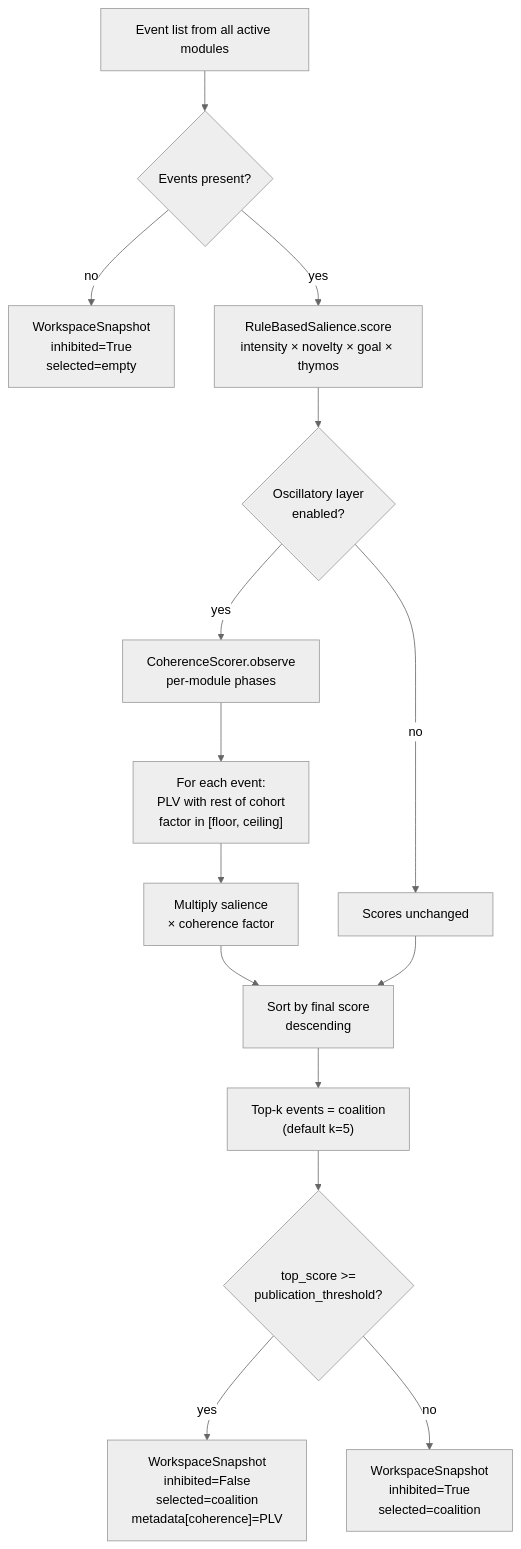
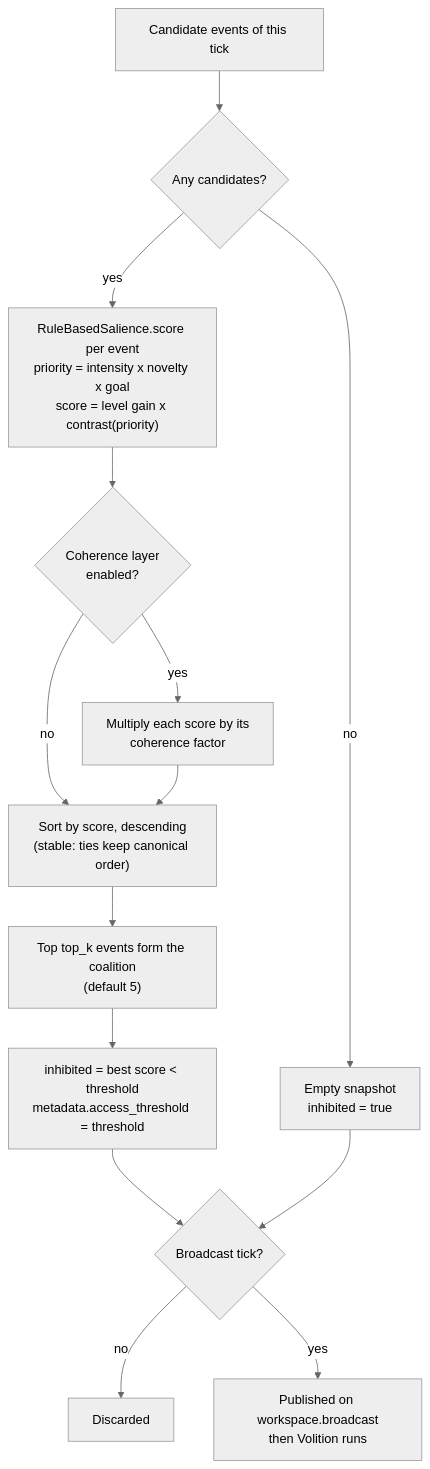
The diagram in docs/08-cognitive-cycle/global-workspace.md (kaineone/kaine), drawn with Mermaid (neutral theme) before and after one commit. The commit also changed other lines of this file and 72 other files, not shown here.

````diff
--- a/docs/08-cognitive-cycle/global-workspace.md
+++ b/docs/08-cognitive-cycle/global-workspace.md
@@ -11,17 +11,16 @@
 ```mermaid
 flowchart TD
-    A["Event list from all active modules"] --> B{Events present?}
-    B -- no --> C["WorkspaceSnapshot\ninhibited=True\nselected=empty"]
-    B -- yes --> D["RuleBasedSalience.score\nintensity × novelty × goal × thymos"]
-    D --> E{Oscillatory layer\nenabled?}
-    E -- no --> F["Scores unchanged"]
-    E -- yes --> G["CoherenceScorer.observe\nper-module phases"]
-    G --> H["For each event:\nPLV with rest of cohort\nfactor in [floor, ceiling]"]
-    H --> I["Multiply salience\n× coherence factor"]
-    I --> J["Sort by final score\ndescending"]
-    F --> J
-    J --> K["Top-k events = coalition\n(default k=5)"]
-    K --> L{top_score >=\npublication_threshold?}
-    L -- yes --> M["WorkspaceSnapshot\ninhibited=False\nselected=coalition\nmetadata[coherence]=PLV"]
-    L -- no --> N["WorkspaceSnapshot\ninhibited=True\nselected=coalition"]
+    A["Candidate events of this tick"] --> B{Any candidates?}
+    B -- no --> C["Empty snapshot\ninhibited = true"]
+    B -- yes --> D["RuleBasedSalience.score per event\npriority = intensity x novelty x goal\nscore = level gain x contrast(priority)"]
+    D --> E{Coherence layer\nenabled?}
+    E -- no --> J
+    E -- yes --> H["Multiply each score by its\ncoherence factor"]
+    H --> J["Sort by score, descending\n(stable: ties keep canonical order)"]
+    J --> K["Top top_k events form the coalition\n(default 5)"]
+    K --> L["inhibited = best score < threshold\nmetadata.access_threshold = threshold"]
+    L --> M{Broadcast tick?}
+    M -- no --> N["Discarded"]
+    M -- yes --> O["Published on workspace.broadcast\nthen Volition runs"]
+    C --> M
 ```
````
